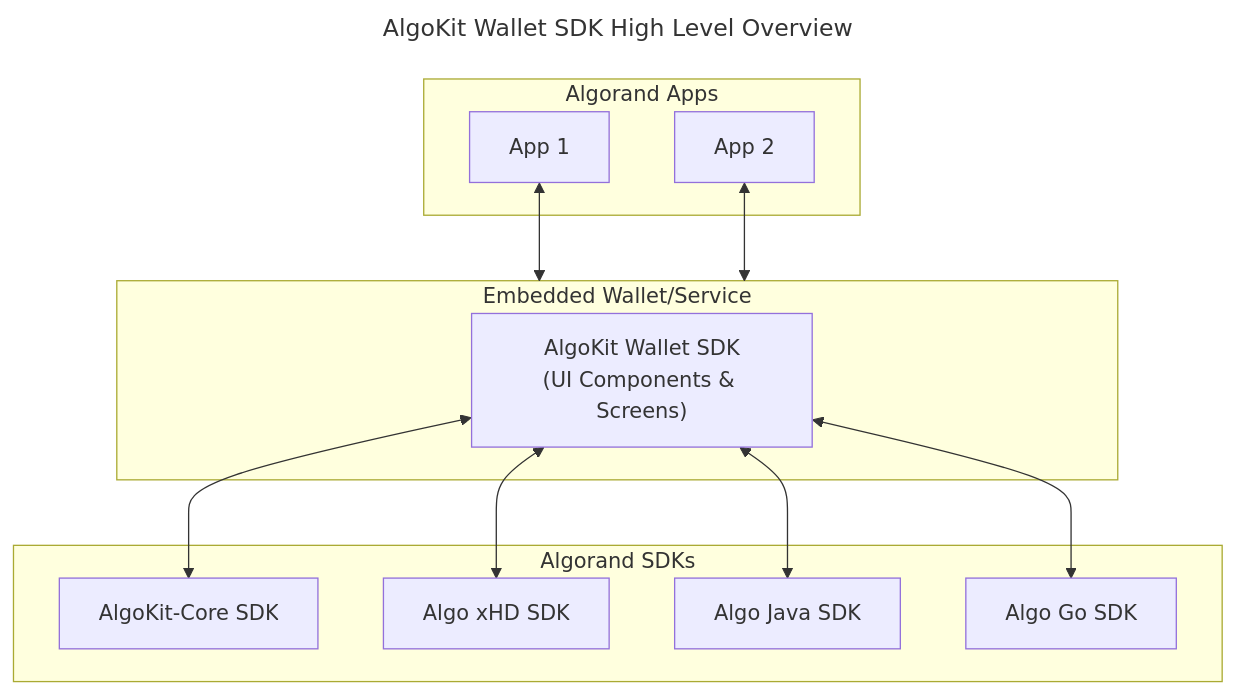
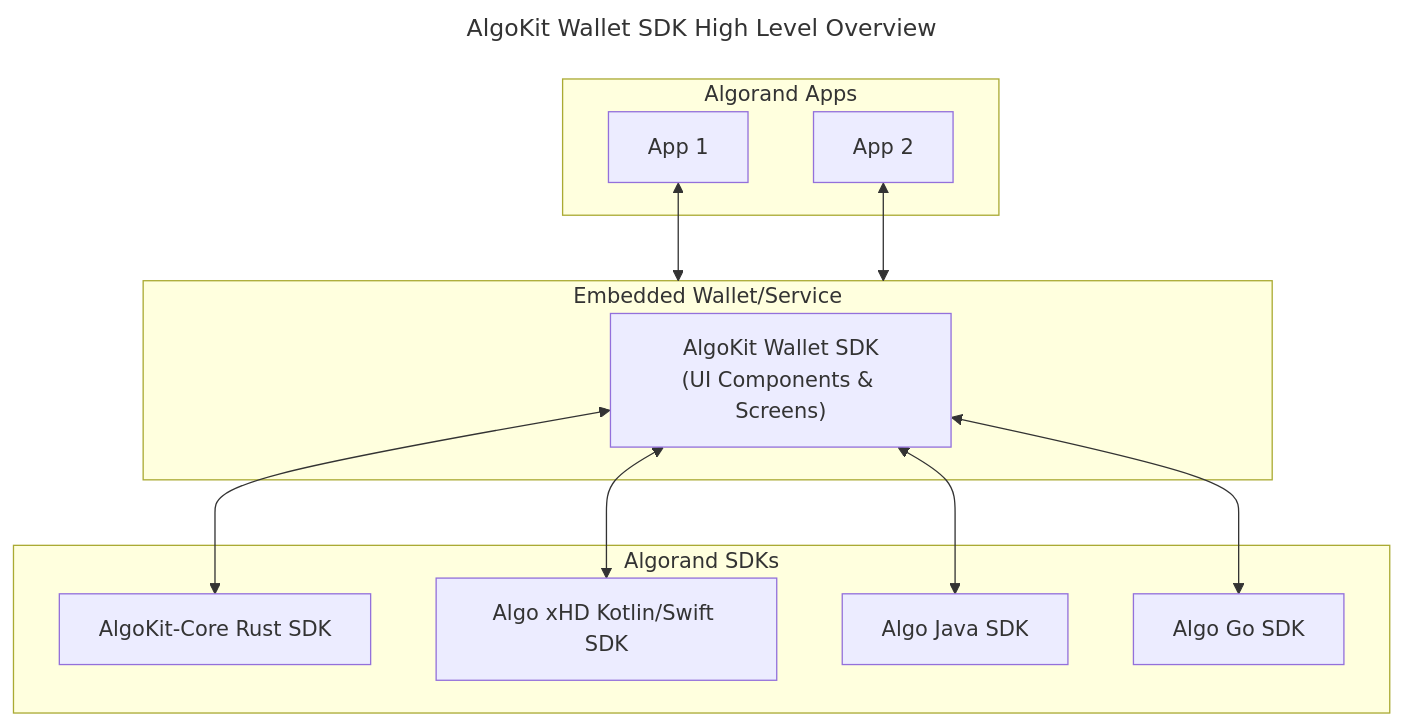
Before and after one commit to michaeltchuang/algokit-walletsdk-kmp: the first of 2 diagrams in README.md, drawn with Mermaid.

Commit message:
docs: update mermaid overview diagram (#49)

````diff
--- a/README.md
+++ b/README.md
@@ -7,28 +7,28 @@
 ```mermaid
 ---
 title: AlgoKit Wallet SDK High Level Overview
 ---
 graph TD
     subgraph "Algorand Apps"
         App1["App 1"]
         App2["App 2"]
     end
 
     subgraph wallet["Embedded Wallet/Service"]
         SDK["AlgoKit Wallet SDK<br/>(UI Components & Screens)"]
     end
 
     subgraph "Algorand SDKs"
-        Core["AlgoKit-Core SDK"]
-        xHD["Algo xHD SDK"]
+        Core["AlgoKit-Core Rust SDK"]
+        xHD["Algo xHD Kotlin/Swift SDK"]
         JavaSDK["Algo Java SDK"]
         GoSDK["Algo Go SDK"]
     end
 
     App1 <--> wallet
     App2 <--> wallet
     SDK <--> Core
     SDK <--> xHD
     SDK <--> JavaSDK
     SDK <--> GoSDK
 ```
````
